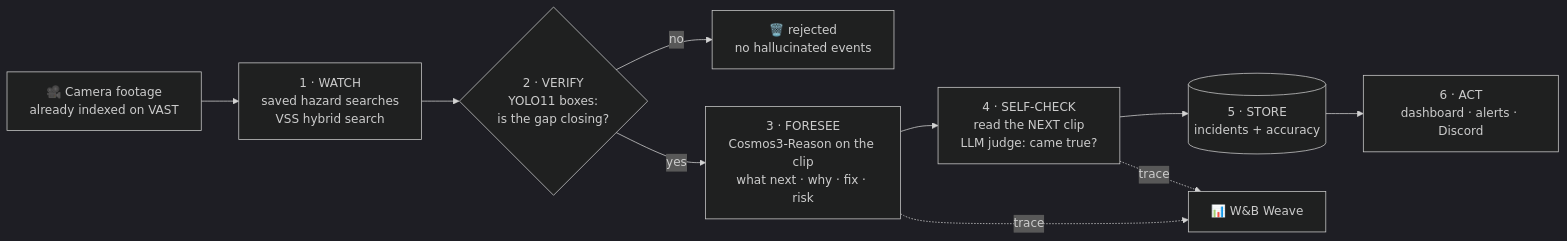
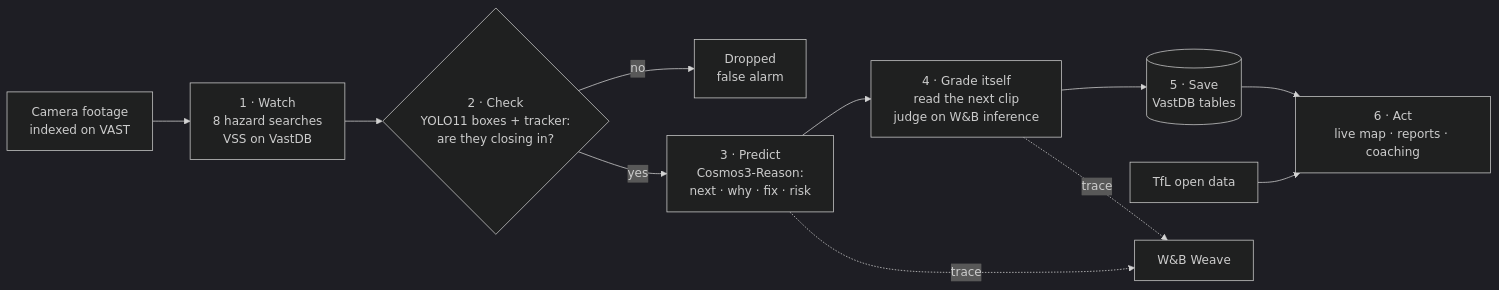
The first of 2 diagrams in README.md (Dinesh-Sunny/sixthsense), drawn with Mermaid (dark theme) before and after one commit. The commit also changed other lines of this file, not shown here.

````diff
--- a/README.md
+++ b/README.md
@@ -70,12 +64,13 @@
 ```mermaid
 flowchart LR
-    A[🎥 Camera footage<br/>already indexed on VAST] --> B[1 · WATCH<br/>saved hazard searches<br/>VSS hybrid search]
-    B --> C{2 · VERIFY<br/>YOLO11 boxes:<br/>is the gap closing?}
-    C -- no --> X[🗑️ rejected<br/>no hallucinated events]
-    C -- yes --> D[3 · FORESEE<br/>Cosmos3-Reason on the clip<br/>what next · why · fix · risk]
-    D --> E[4 · SELF-CHECK<br/>read the NEXT clip<br/>LLM judge: came true?]
-    E --> F[(5 · STORE<br/>incidents + accuracy)]
-    F --> G[6 · ACT<br/>dashboard · alerts · Discord]
-    D -.trace.-> W[📊 W&B Weave]
+    A[Camera footage<br/>indexed on VAST] --> B[1 · Watch<br/>8 hazard searches<br/>VSS on VastDB]
+    B --> C{2 · Check<br/>YOLO11 boxes + tracker:<br/>are they closing in?}
+    C -- no --> X[Dropped<br/>false alarm]
+    C -- yes --> D[3 · Predict<br/>Cosmos3-Reason:<br/>next · why · fix · risk]
+    D --> E[4 · Grade itself<br/>read the next clip<br/>judge on W&B inference]
+    E --> F[(5 · Save<br/>VastDB tables)]
+    F --> G[6 · Act<br/>live map · reports · coaching]
+    T[TfL open data] --> G
+    D -.trace.-> W[W&B Weave]
     E -.trace.-> W
 ```
````
